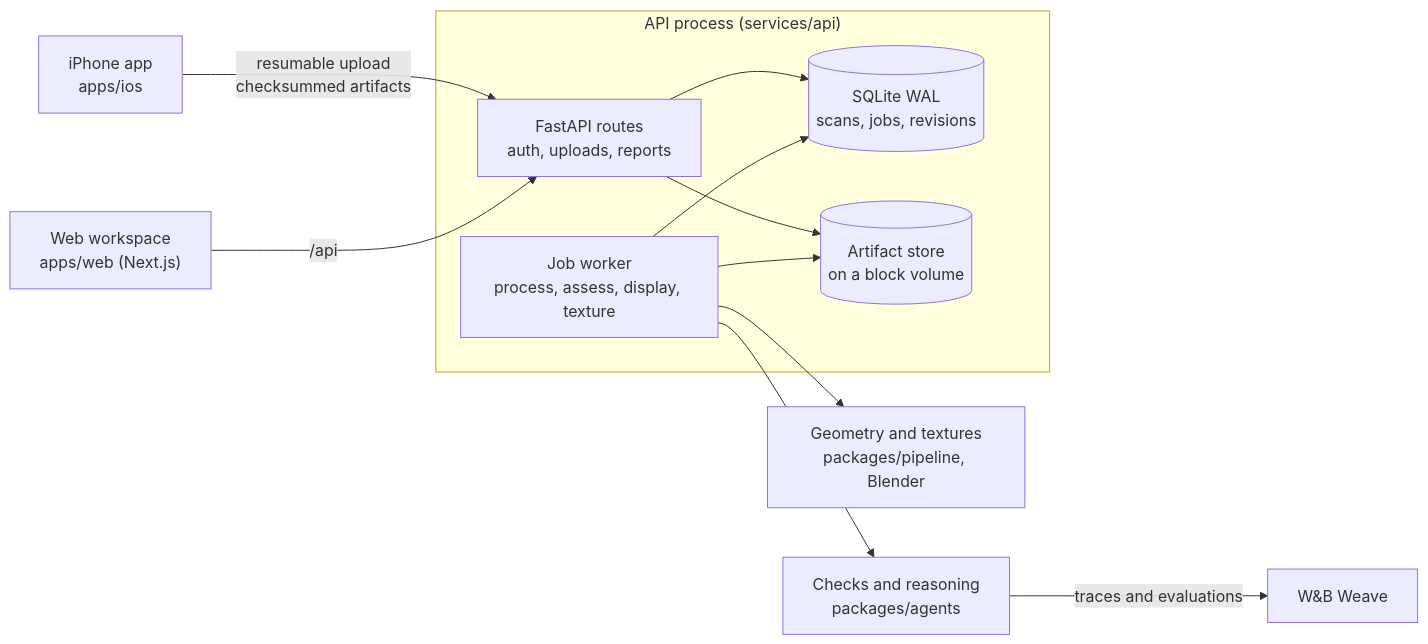
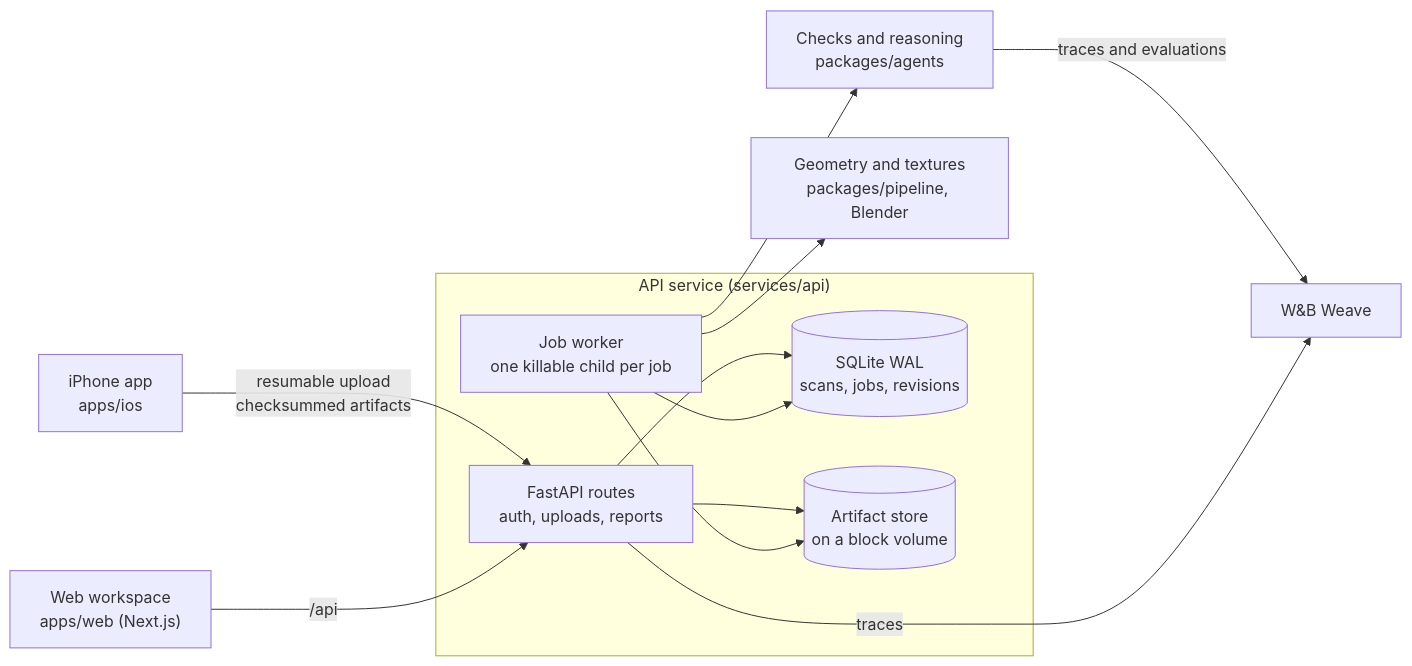
One commit to Appiest/standardphysics changed the diagram in README.md. Above: the diagram before and after it, drawn with Mermaid. The commit also changed other lines of this file, not shown here.

````diff
--- a/README.md
+++ b/README.md
@@ -16,14 +58,15 @@
 ```mermaid
 flowchart LR
   phone["iPhone app<br/>apps/ios"] -- "resumable upload<br/>checksummed artifacts" --> api
   web["Web workspace<br/>apps/web (Next.js)"] -- "/api" --> api
-  subgraph server["API process (services/api)"]
+  subgraph server["API service (services/api)"]
     api["FastAPI routes<br/>auth, uploads, reports"] --> db[("SQLite WAL<br/>scans, jobs, revisions")]
-    worker["Job worker<br/>process, assess, display, texture"] --> db
+    worker["Job worker<br/>one killable child per job"] --> db
     api --> store[("Artifact store<br/>on a block volume")]
     worker --> store
   end
   worker --> pipeline["Geometry and textures<br/>packages/pipeline, Blender"]
   worker --> agents["Checks and reasoning<br/>packages/agents"]
   agents -- "traces and evaluations" --> weave["W&B Weave"]
+  api -- "traces" --> weave
 ```
````
